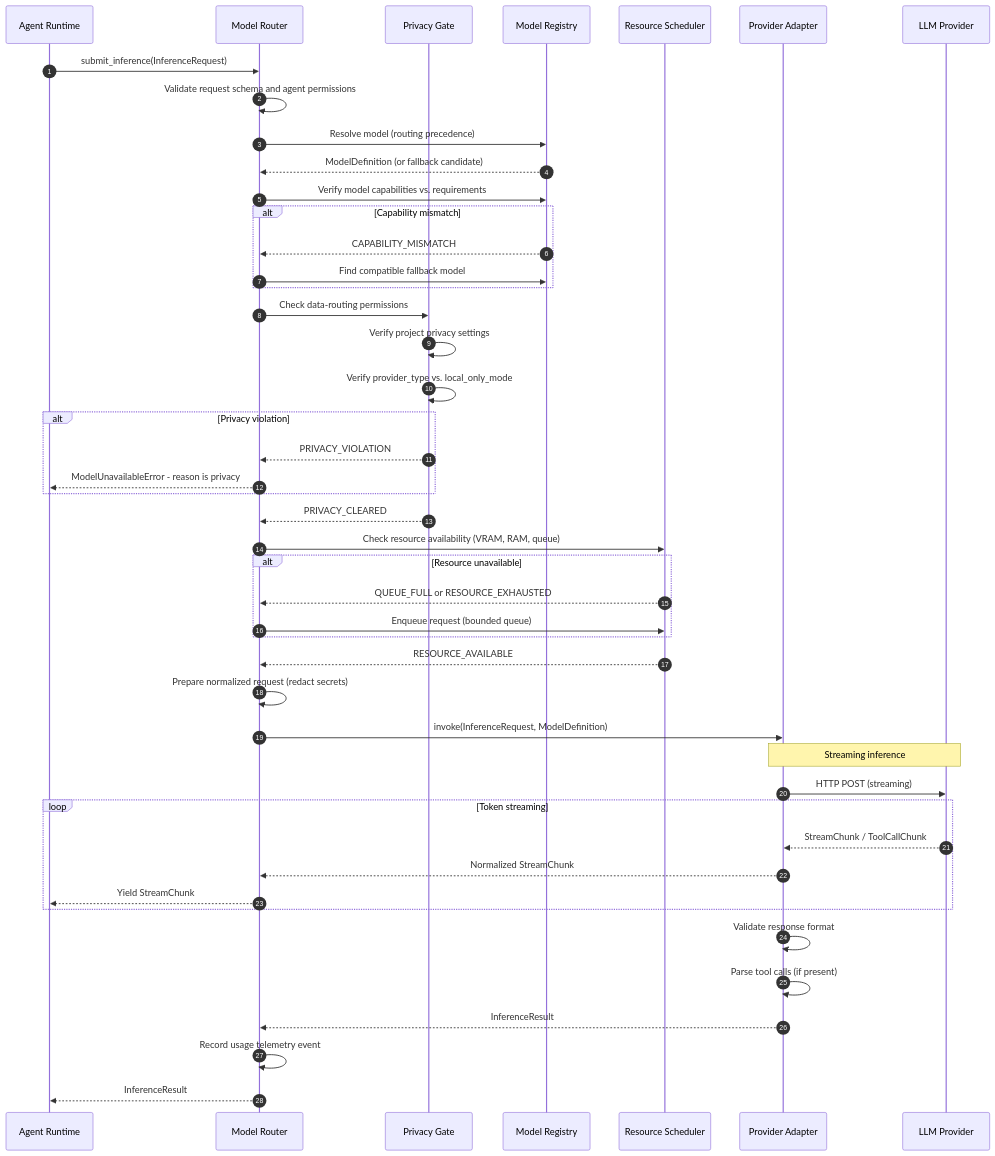
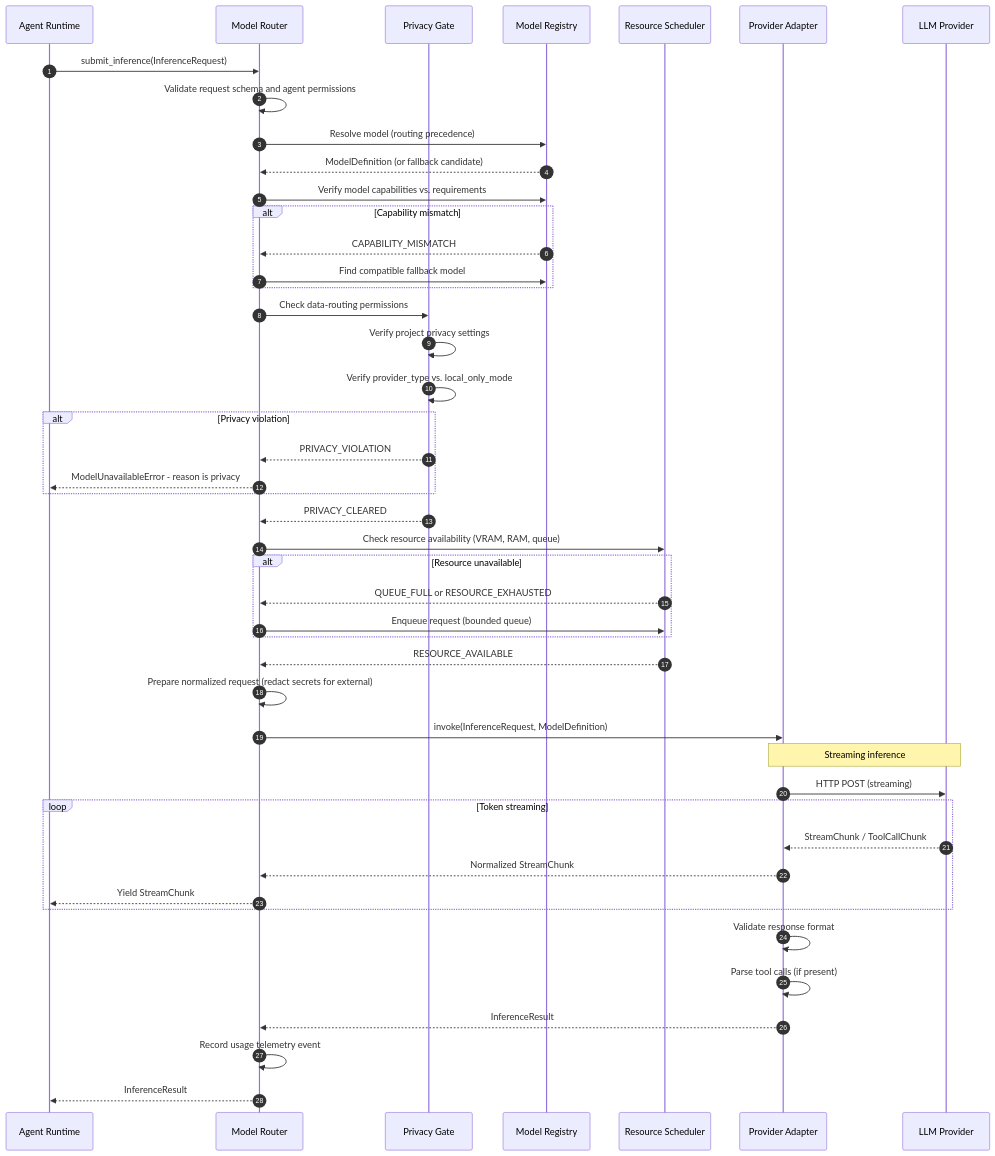
One commit to anuj-cs16/NEXUS changed the fifth of 17 diagrams in docs/NEXUS_AI_MODEL_RUNTIME_AND_PROVIDER_ARCHITECTURE.md. Above: the diagram before and after it, drawn with Mermaid. The commit also changed other lines of this file, not shown here.

````diff
--- a/docs/NEXUS_AI_MODEL_RUNTIME_AND_PROVIDER_ARCHITECTURE.md
+++ b/docs/NEXUS_AI_MODEL_RUNTIME_AND_PROVIDER_ARCHITECTURE.md
@@ -727,59 +913,59 @@
 ```mermaid
 sequenceDiagram
     autonumber
     participant Agent as Agent Runtime
     participant Router as Model Router
     participant Privacy as Privacy Gate
     participant Registry as Model Registry
     participant Resource as Resource Scheduler
     participant Adapter as Provider Adapter
     participant Provider as LLM Provider
 
     Agent->>Router: submit_inference(InferenceRequest)
     Router->>Router: Validate request schema and agent permissions
     Router->>Registry: Resolve model (routing precedence)
     Registry-->>Router: ModelDefinition (or fallback candidate)
     Router->>Registry: Verify model capabilities vs. requirements
     
     alt Capability mismatch
         Registry-->>Router: CAPABILITY_MISMATCH
         Router->>Registry: Find compatible fallback model
     end
     
     Router->>Privacy: Check data-routing permissions
     Privacy->>Privacy: Verify project privacy settings
     Privacy->>Privacy: Verify provider_type vs. local_only_mode
     
     alt Privacy violation
         Privacy-->>Router: PRIVACY_VIOLATION
         Router-->>Agent: ModelUnavailableError - reason is privacy
     end
     
     Privacy-->>Router: PRIVACY_CLEARED
     Router->>Resource: Check resource availability (VRAM, RAM, queue)
     
     alt Resource unavailable
         Resource-->>Router: QUEUE_FULL or RESOURCE_EXHAUSTED
         Router->>Resource: Enqueue request (bounded queue)
     end
     
     Resource-->>Router: RESOURCE_AVAILABLE
-    Router->>Router: Prepare normalized request (redact secrets)
+    Router->>Router: Prepare normalized request (redact secrets for external)
     Router->>Adapter: invoke(InferenceRequest, ModelDefinition)
     
     Note over Adapter,Provider: Streaming inference
     Adapter->>Provider: HTTP POST (streaming)
     
     loop Token streaming
         Provider-->>Adapter: StreamChunk / ToolCallChunk
         Adapter-->>Router: Normalized StreamChunk
         Router-->>Agent: Yield StreamChunk
     end
     
     Adapter->>Adapter: Validate response format
     Adapter->>Adapter: Parse tool calls (if present)
     Adapter-->>Router: InferenceResult
     
     Router->>Router: Record usage telemetry event
     Router-->>Agent: InferenceResult
 ```
````
